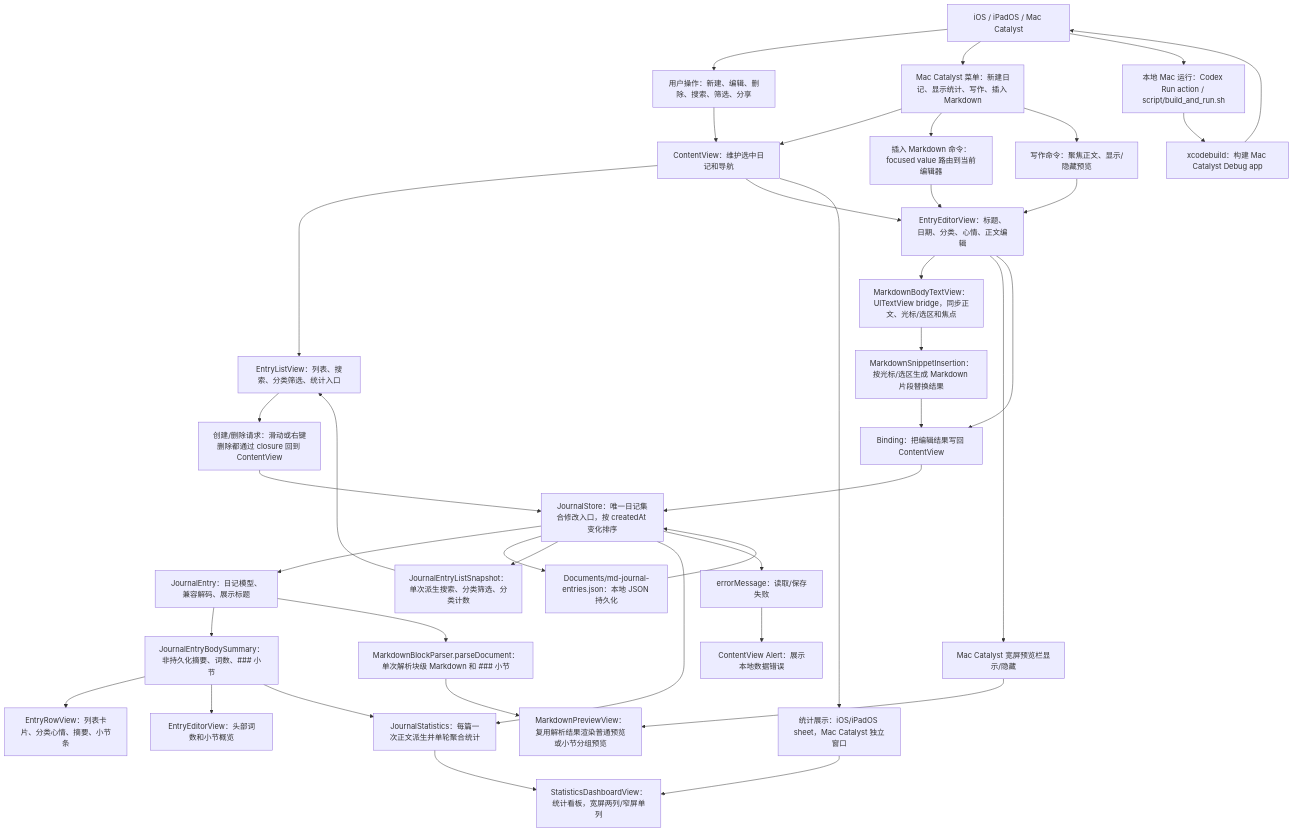
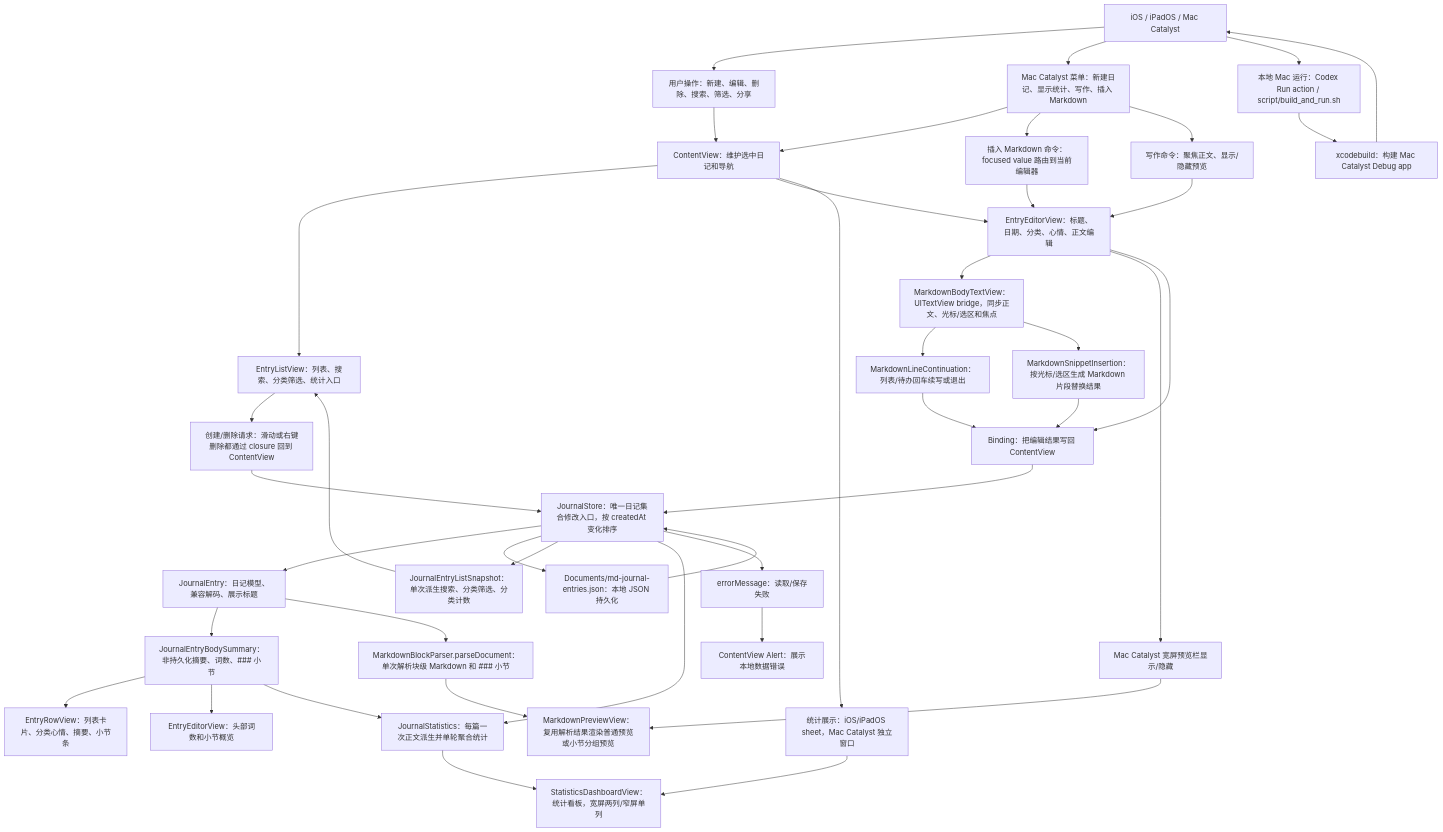
The first of 6 diagrams in md/flow/flowchart.md (Altman-sam114/117), drawn with Mermaid before and after one commit. The commit also changed other lines of this file and 10 other files, not shown here.

````diff
--- a/md/flow/flowchart.md
+++ b/md/flow/flowchart.md
@@ -9,42 +9,44 @@
 ```mermaid
 flowchart TD
   Platform["iOS / iPadOS / Mac Catalyst"] --> User["用户操作：新建、编辑、删除、搜索、筛选、分享"]
   Platform --> Menu["Mac Catalyst 菜单：新建日记、显示统计、写作、插入 Markdown"]
   Platform --> LocalRun["本地 Mac 运行：Codex Run action / script/build_and_run.sh"]
   LocalRun --> CatalystBuild["xcodebuild：构建 Mac Catalyst Debug app"]
   CatalystBuild --> Platform
   User --> CV["ContentView：维护选中日记和导航"]
   Menu --> CV
   CV --> List["EntryListView：列表、搜索、分类筛选、统计入口"]
   CV --> Editor["EntryEditorView：标题、日期、分类、心情、正文编辑"]
   Menu --> SnippetCommand["插入 Markdown 命令：focused value 路由到当前编辑器"]
   SnippetCommand --> Editor
   Menu --> WritingCommand["写作命令：聚焦正文、显示/隐藏预览"]
   WritingCommand --> Editor
   Editor --> BodyTextView["MarkdownBodyTextView：UITextView bridge，同步正文、光标/选区和焦点"]
+  BodyTextView --> LineContinuation["MarkdownLineContinuation：列表/待办回车续写或退出"]
+  LineContinuation --> Binding
   BodyTextView --> SnippetInsertion["MarkdownSnippetInsertion：按光标/选区生成 Markdown 片段替换结果"]
   SnippetInsertion --> Binding
   Editor --> PreviewToggle["Mac Catalyst 宽屏预览栏显示/隐藏"]
   PreviewToggle --> Preview
   List --> CreateDelete["创建/删除请求：滑动或右键删除都通过 closure 回到 ContentView"]
   Editor --> Binding["Binding<JournalEntry>：把编辑结果写回 ContentView"]
   CreateDelete --> Store["JournalStore：唯一日记集合修改入口，按 createdAt 变化排序"]
   Binding --> Store
   Store --> Model["JournalEntry：日记模型、兼容解码、展示标题"]
   Store --> JSON["Documents/md-journal-entries.json：本地 JSON 持久化"]
   JSON --> Store
   Model --> Summary["JournalEntryBodySummary：非持久化摘要、词数、### 小节"]
   Store --> ListSnapshot["JournalEntryListSnapshot：单次派生搜索、分类筛选、分类计数"]
   ListSnapshot --> List
   Model --> Parser["MarkdownBlockParser.parseDocument：单次解析块级 Markdown 和 ### 小节"]
   Parser --> Preview["MarkdownPreviewView：复用解析结果渲染普通预览或小节分组预览"]
   Store --> Stats["JournalStatistics：每篇一次正文派生并单轮聚合统计"]
   CV --> StatsSurface["统计展示：iOS/iPadOS sheet，Mac Catalyst 独立窗口"]
   StatsSurface --> Dashboard["StatisticsDashboardView：统计看板，宽屏两列/窄屏单列"]
   Stats --> Dashboard
   Summary --> Row["EntryRowView：列表卡片、分类心情、摘要、小节条"]
   Summary --> EditorStats["EntryEditorView：头部词数和小节概览"]
   Summary --> Stats
   Store --> Error["errorMessage：读取/保存失败"]
   Error --> Alert["ContentView Alert：展示本地数据错误"]
 ```
````
